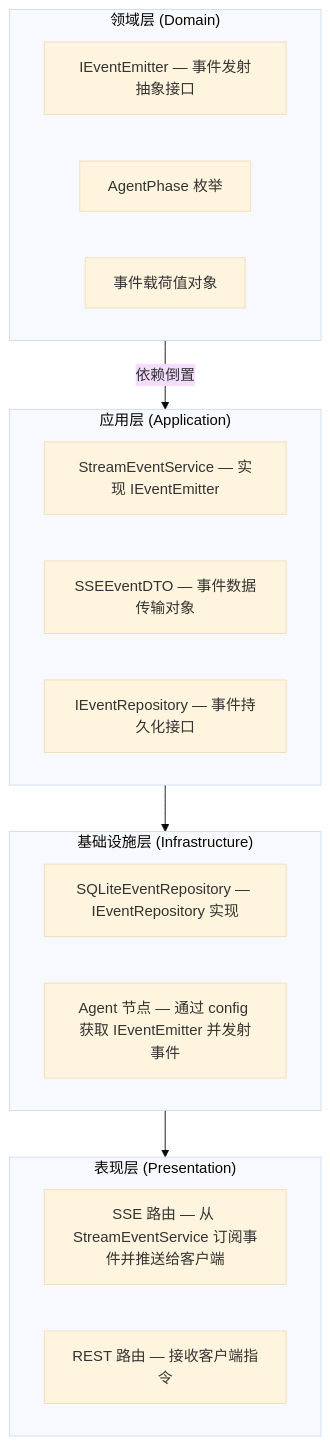
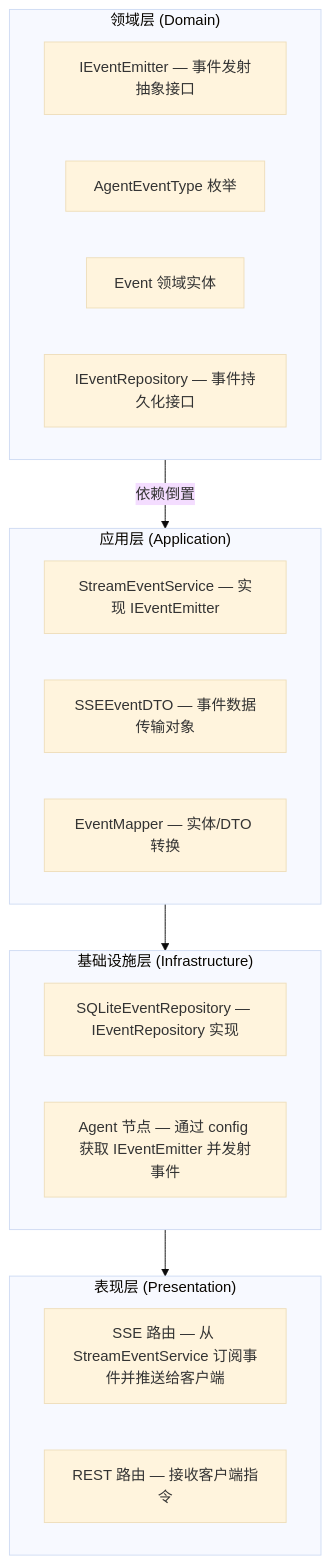
Before and after one commit to solarest/yanyun-agent: the sixth of 7 diagrams in design/8_communication-protocol.md, drawn with Mermaid (base theme). The commit also changed other lines of this file and 23 other files, not shown here.

````diff
--- a/design/8_communication-protocol.md
+++ b/design/8_communication-protocol.md
@@ -572,28 +636,29 @@
 ```mermaid
 graph TB
     subgraph Domain["领域层 (Domain)"]
         D1["IEventEmitter — 事件发射抽象接口"]
-        D2["AgentPhase 枚举"]
-        D3["事件载荷值对象"]
+        D2["AgentEventType 枚举"]
+        D3["Event 领域实体"]
+        D4["IEventRepository — 事件持久化接口"]
     end
-    
+
     subgraph Application["应用层 (Application)"]
         A1["StreamEventService — 实现 IEventEmitter"]
         A2["SSEEventDTO — 事件数据传输对象"]
-        A3["IEventRepository — 事件持久化接口"]
+        A3["EventMapper — 实体/DTO 转换"]
     end
-    
+
     subgraph Infrastructure["基础设施层 (Infrastructure)"]
         I1["SQLiteEventRepository — IEventRepository 实现"]
         I2["Agent 节点 — 通过 config 获取 IEventEmitter 并发射事件"]
     end
-    
+
     subgraph Presentation["表现层 (Presentation)"]
         P1["SSE 路由 — 从 StreamEventService 订阅事件并推送给客户端"]
         P2["REST 路由 — 接收客户端指令"]
     end
-    
+
     Domain -->|依赖倒置| Application
     Application --> Infrastructure
     Infrastructure --> Presentation
 ```
````
